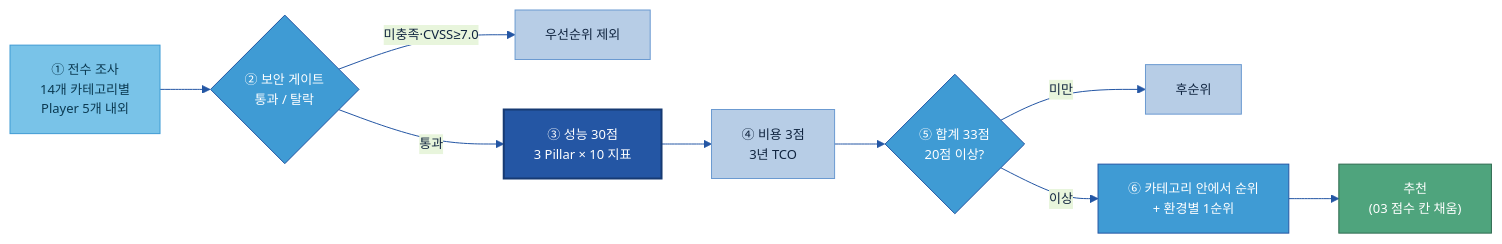
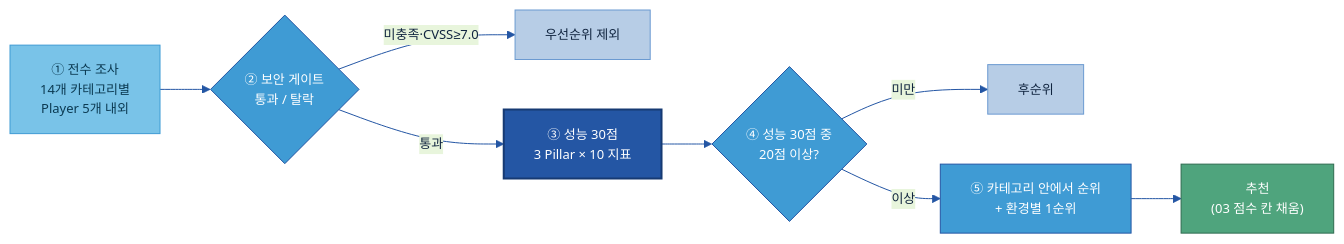
Before and after one commit to jin-kearney/ai-ready-data-manual: the first of 6 diagrams in Tech Player/04 Player 평가 실행안 (조사·보안·성능·비용·추천).md, drawn with Mermaid. The commit also changed other lines of this file and 3 other files, not shown here.

````diff
--- a/Tech Player/04 Player 평가 실행안 (조사·보안·성능·비용·추천).md
+++ b/Tech Player/04 Player 평가 실행안 (조사·보안·성능·비용·추천).md
@@ -32,18 +31,17 @@
 ```mermaid
 %%{init: {'theme':'base','themeVariables':{'primaryColor':'#DCE8F5','primaryBorderColor':'#2456A4','primaryTextColor':'#10243f','lineColor':'#2456A4','clusterBkg':'#EEF4FB','clusterBorder':'#6B9AD1','fontSize':'13px'}}}%%
 flowchart LR
     POOL["① 전수 조사<br/>14개 카테고리별<br/>Player 5개 내외"]:::src --> GATE{"② 보안 게이트<br/>통과 / 탈락"}:::gate
     GATE -->|"미충족·CVSS≥7.0"| OUT["우선순위 제외"]:::n
     GATE -->|통과| PERF["③ 성능 30점<br/>3 Pillar × 10 지표"]:::cat
-    PERF --> COST["④ 비용 3점<br/>3년 TCO"]:::n
-    COST --> CUT{"⑤ 합계 33점<br/>20점 이상?"}:::gate
+    PERF --> CUT{"④ 성능 30점 중<br/>20점 이상?"}:::gate
     CUT -->|미만| LOW["후순위"]:::n
-    CUT -->|이상| RANK["⑥ 카테고리 안에서 순위<br/>+ 환경별 1순위"]:::gate
+    CUT -->|이상| RANK["⑤ 카테고리 안에서 순위<br/>+ 환경별 1순위"]:::gate
     RANK --> REC["추천<br/>(03 점수 칸 채움)"]:::loop
 
     classDef n fill:#B7CDE6,stroke:#6B9AD1,color:#10243f;
     classDef src fill:#79C3E8,stroke:#3F9BD4,color:#0b3a52;
     classDef cat fill:#2456A4,color:#fff,stroke:#163a73,stroke-width:2px;
     classDef gate fill:#3F9BD4,stroke:#2456A4,color:#fff;
     classDef loop fill:#4FA47D,stroke:#2f6b50,color:#fff;
 ```
````
